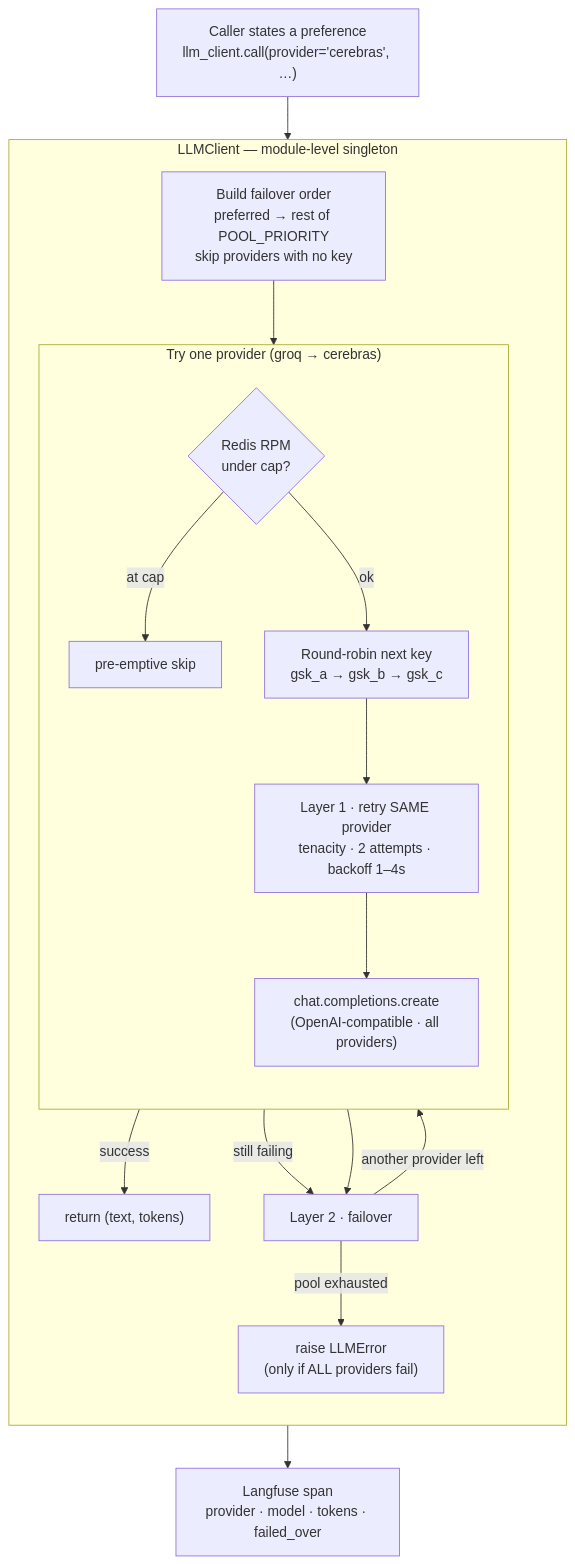
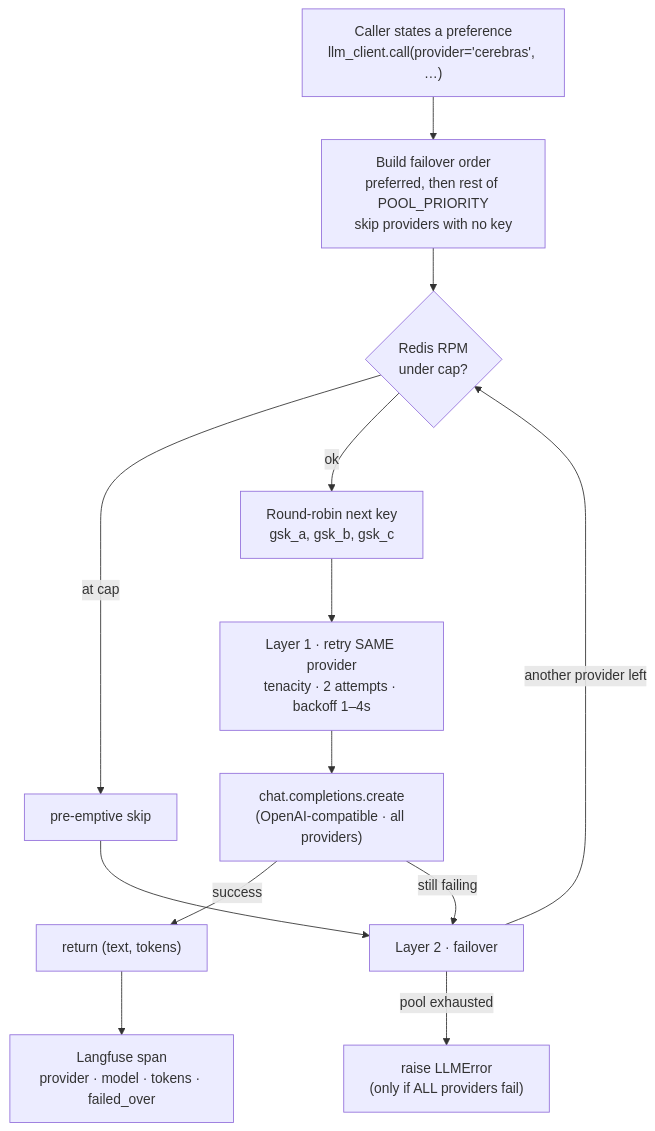
One commit to vishalgoyal25/TheKnowledgeOrbits changed the tenth of 15 diagrams in README.md. Above: the diagram before and after it, drawn with Mermaid. The commit also changed other lines of this file and 1 other file, not shown here.

Commit message:
docs: fix mermaid subgraph-edge rendering bugs, update test count to 714

````diff
--- a/README.md
+++ b/README.md
@@ -602,27 +596,19 @@
 ```mermaid
 flowchart TB
     CALLER["Caller states a preference<br/>llm_client.call(provider='cerebras', …)"] --> ORDER
+    ORDER["Build failover order<br/>preferred, then rest of POOL_PRIORITY<br/>skip providers with no key"] --> RPM
 
-    subgraph POOL["LLMClient — module-level singleton"]
-        direction TB
-        ORDER["Build failover order<br/>preferred → rest of POOL_PRIORITY<br/>skip providers with no key"]
-        ORDER --> P1
+    RPM{"Redis RPM<br/>under cap?"}
+    RPM -->|at cap| SKIP["pre-emptive skip"]
+    RPM -->|ok| KEY["Round-robin next key<br/>gsk_a, gsk_b, gsk_c"]
+    KEY --> RETRY["Layer 1 · retry SAME provider<br/>tenacity · 2 attempts · backoff 1–4s"]
+    RETRY --> CALL["chat.completions.create<br/>(OpenAI-compatible · all providers)"]
 
-        subgraph P1["Try one provider (groq → cerebras)"]
-            direction TB
-            RPM{"Redis RPM<br/>under cap?"}
-            RPM -->|at cap| SKIP["pre-emptive skip"]
-            RPM -->|ok| KEY["Round-robin next key<br/>gsk_a → gsk_b → gsk_c"]
-            KEY --> RETRY["Layer 1 · retry SAME provider<br/>tenacity · 2 attempts · backoff 1–4s"]
-            RETRY --> CALL["chat.completions.create<br/>(OpenAI-compatible · all providers)"]
-        end
-
-        CALL -->|success| OK["return (text, tokens)"]
-        CALL -->|still failing| FO["Layer 2 · failover"]
-        SKIP --> FO
-        FO -->|another provider left| P1
-        FO -->|pool exhausted| ERR["raise LLMError<br/>(only if ALL providers fail)"]
-    end
+    CALL -->|success| OK["return (text, tokens)"]
+    CALL -->|still failing| FO["Layer 2 · failover"]
+    SKIP --> FO
+    FO -->|another provider left| RPM
+    FO -->|pool exhausted| ERR["raise LLMError<br/>(only if ALL providers fail)"]
 
     OK --> TRACE["Langfuse span<br/>provider · model · tokens · failed_over"]
 ```
````
